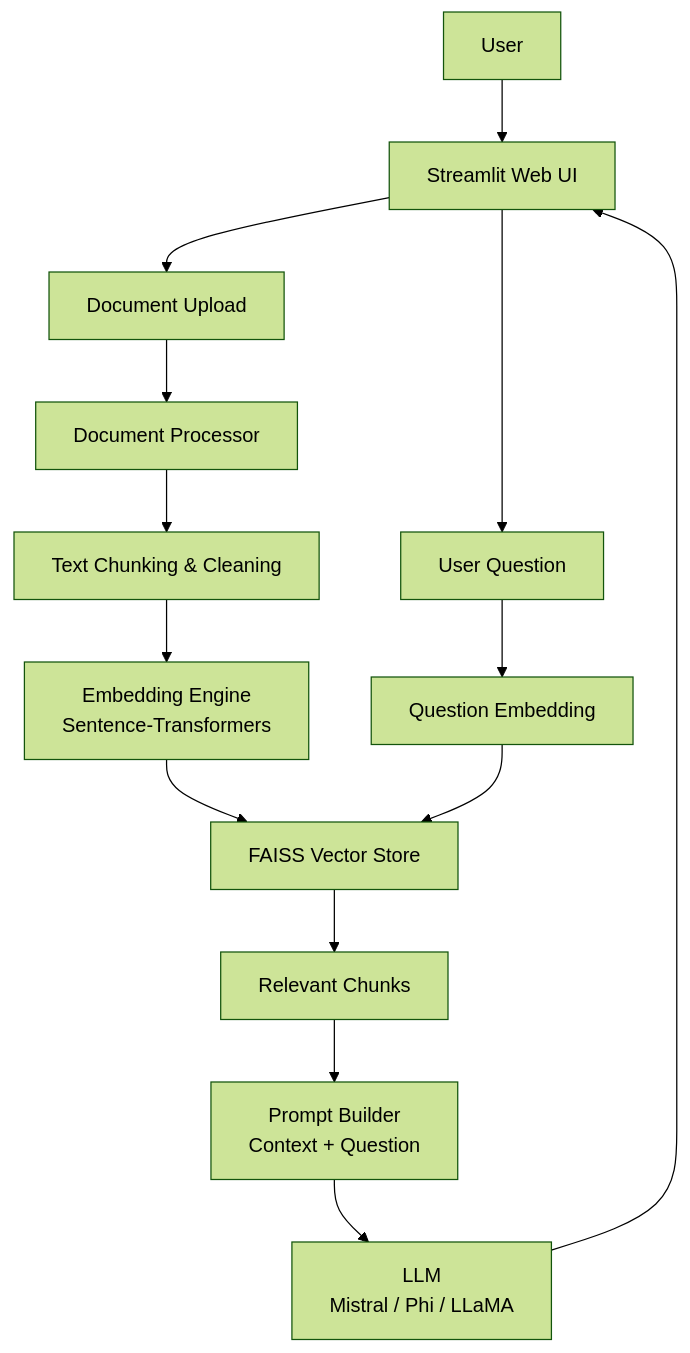
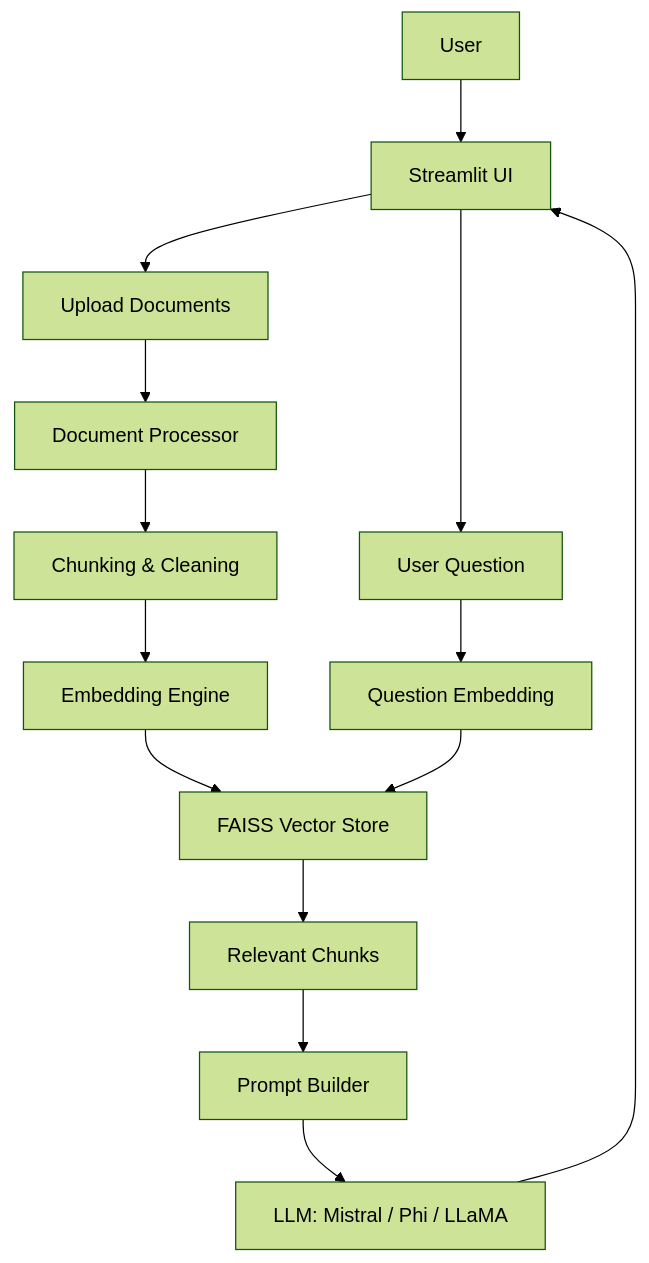
One commit to Abhishek-09-Tomar/ai-document-chatbot changed the first of 2 diagrams in README.md. Above: the diagram before and after it, drawn with Mermaid (forest theme). The commit also changed other lines of this file, not shown here.

````diff
--- a/README.md
+++ b/README.md
@@ -22,18 +59,18 @@
 ```mermaid
 graph TD
-    U[User] --> UI[Streamlit Web UI]
-    UI --> UP[Document Upload]
+    U[User] --> UI[Streamlit UI]
+    UI --> UP[Upload Documents]
     UP --> DP[Document Processor]
-    DP --> CS[Text Chunking & Cleaning]
-    CS --> EE[Embedding Engine<br/>Sentence-Transformers]
+    DP --> CS[Chunking & Cleaning]
+    CS --> EE[Embedding Engine]
     EE --> VS[FAISS Vector Store]
 
     UI --> Q[User Question]
     Q --> QE[Question Embedding]
     QE --> VS
 
     VS --> RC[Relevant Chunks]
-    RC --> PB[Prompt Builder<br/>Context + Question]
-    PB --> LLM[LLM<br/>Mistral / Phi / LLaMA]
+    RC --> PB[Prompt Builder]
+    PB --> LLM[LLM: Mistral / Phi / LLaMA]
     LLM --> UI
 ```
````
